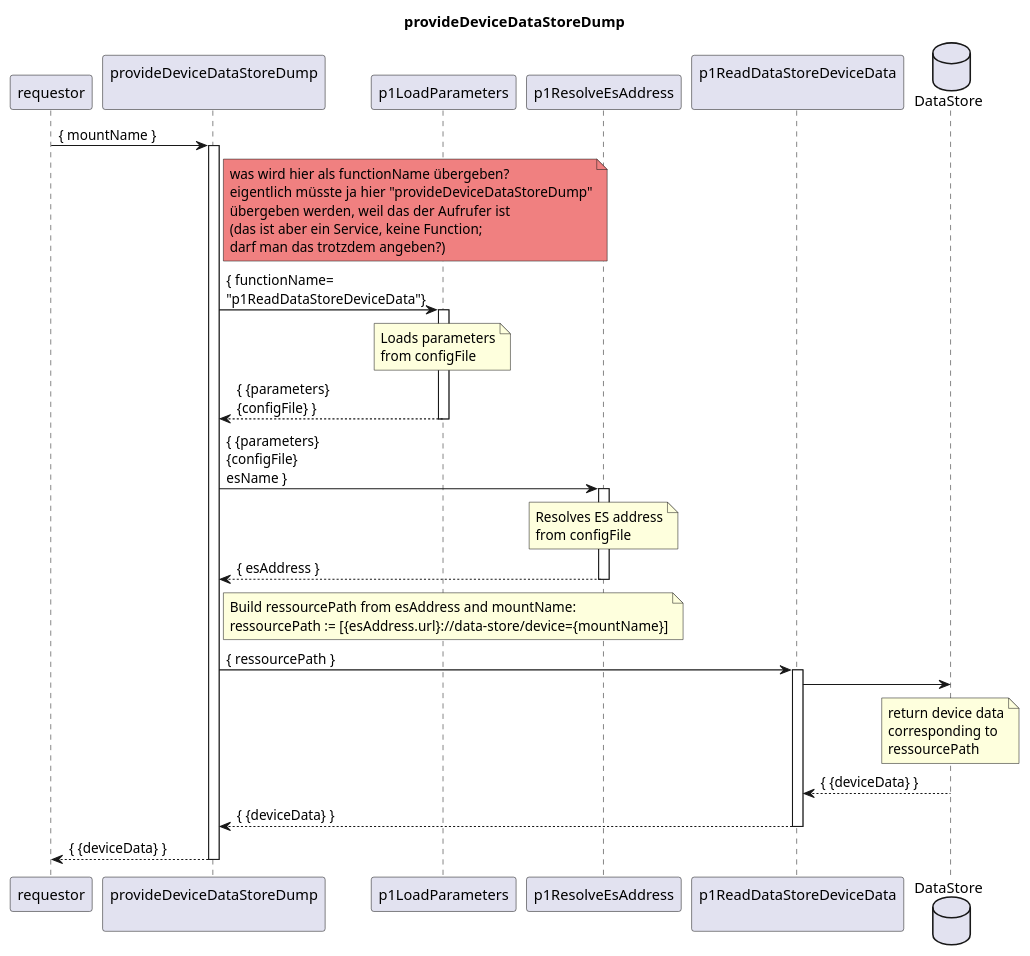
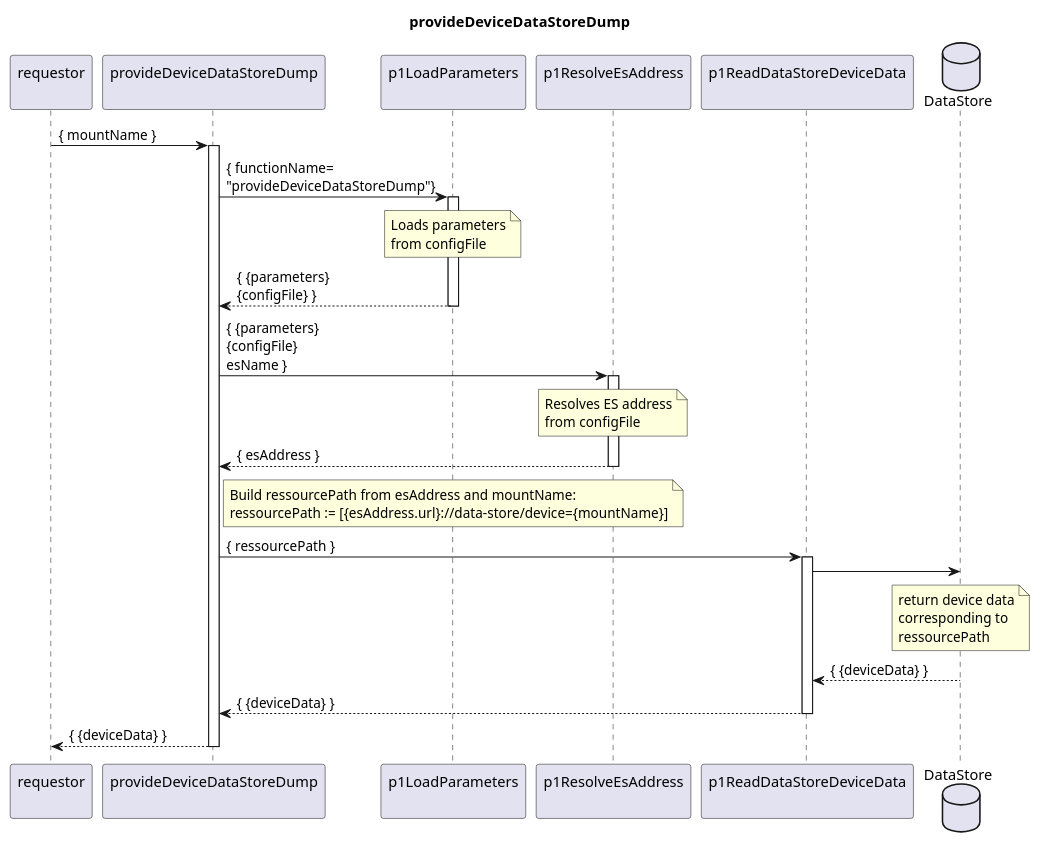
The diagram in spec/Services/provideDeviceDataStoreDump/1.0.0/provideDeviceDataStoreDump.plantuml (openBackhaul/DevicePerformanceManagementDataProcessor), drawn with PlantUML before and after one commit. The commit also changed 4 other files, not shown here.

```diff
--- a/spec/Services/provideDeviceDataStoreDump/1.0.0/provideDeviceDataStoreDump.plantuml
+++ b/spec/Services/provideDeviceDataStoreDump/1.0.0/provideDeviceDataStoreDump.plantuml
@@ -1,76 +1,68 @@
 @startuml provideDeviceDataStoreDump
 skinparam responseMessageBelowArrequestorw true
 
 title
   provideDeviceDataStoreDump
 end title
 
-participant "requestor" as requestor
+participant "requestor\n" as requestor
 participant "provideDeviceDataStoreDump\n" as cur
-participant "p1LoadParameters" as loadParams
-participant "p1ResolveEsAddress" as resolveEsAddress
+participant "p1LoadParameters\n" as loadParams
+participant "p1ResolveEsAddress\n" as resolveEsAddress
 participant "p1ReadDataStoreDeviceData\n" as p1Read
 database "DataStore" as ds
 
 
 requestor -> cur: { mountName }
 activate cur
 
 
   ' get parameters
-  note right of cur #LightCoral
-    was wird hier als functionName übergeben?
-    eigentlich müsste ja hier "provideDeviceDataStoreDump"
-    übergeben werden, weil das der Aufrufer ist
-    (das ist aber ein Service, keine Function;
-    darf man das trotzdem angeben?)
-  end note
-
-  cur -> loadParams: { functionName=\n"p1ReadDataStoreDeviceData"}
+  cur -> loadParams: { functionName=\n"provideDeviceDataStoreDump"}
   activate loadParams
 
     note over loadParams
       Loads parameters
       from configFile
     end note
     
     cur <-- loadParams: { {parameters} \n{configFile} }
   deactivate loadParams
 
   ' get ES address
   cur -> resolveEsAddress: { {parameters} \n{configFile} \nesName }
   activate resolveEsAddress
 
     note over resolveEsAddress
       Resolves ES address
       from configFile
     end note
     
     cur <-- resolveEsAddress: { esAddress }
   deactivate resolveEsAddress 
 
   note right of cur
     Build ressourcePath from esAddress and mountName:
     ressourcePath := [{esAddress.url}://data-store/device={mountName}]
   end note
 
 
   cur -> p1Read: { ressourcePath }
   activate p1Read
 
     p1Read -> ds
       note over ds
         return device data
         corresponding to
         ressourcePath
       end note
     p1Read <-- ds: { {deviceData} }
 
     cur <-- p1Read: { {deviceData} }
 
   deactivate p1Read
 
   requestor <-- cur: { {deviceData} }
 deactivate cur
 
 @enduml
```
